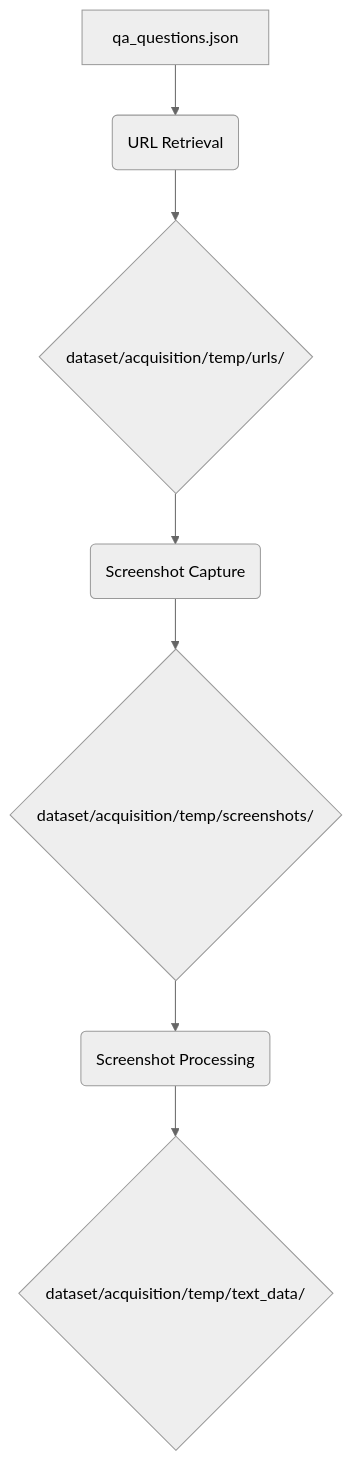
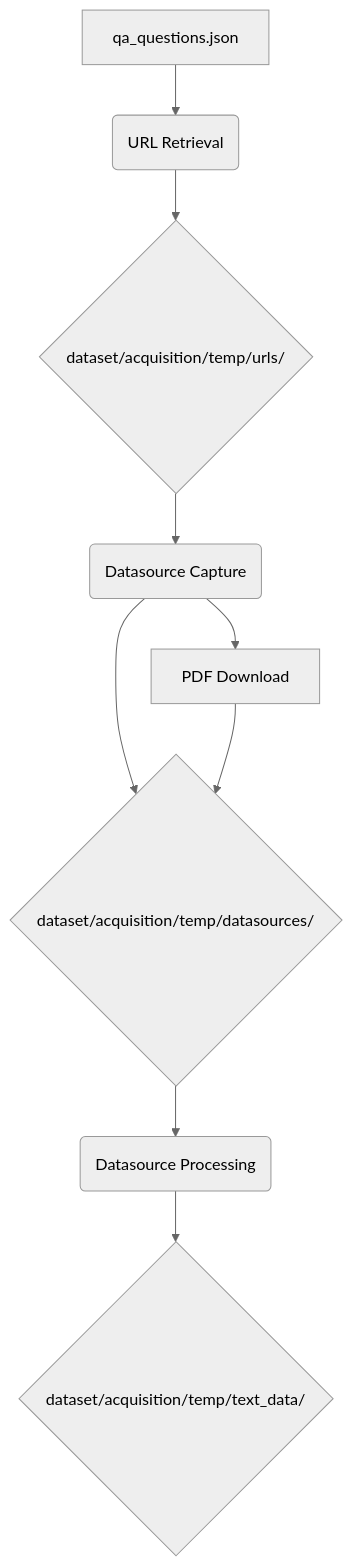
Before and after one commit to civitas-cerebrum/emtp: the diagram in README.md, drawn with Mermaid (neutral theme). The commit also changed other lines of this file, not shown here.

````diff
--- a/README.md
+++ b/README.md
@@ -84,9 +87,12 @@
 ```mermaid
 graph TD
     A[qa_questions.json] --> B(URL Retrieval);
     B --> C{dataset/acquisition/temp/urls/};
-    C --> D(Screenshot Capture);
-    D --> F{dataset/acquisition/temp/screenshots/};
-    F --> G(Screenshot Processing);
-    G --> H{dataset/acquisition/temp/text_data/};
+    C --> D(Datasource Capture);
+    D --> E{dataset/acquisition/temp/datasources/};
+    E --> F(Datasource Processing);
+    F --> G{dataset/acquisition/temp/text_data/};
+
+    D --> H[PDF Download];
+    H --> E;
 ```
````
